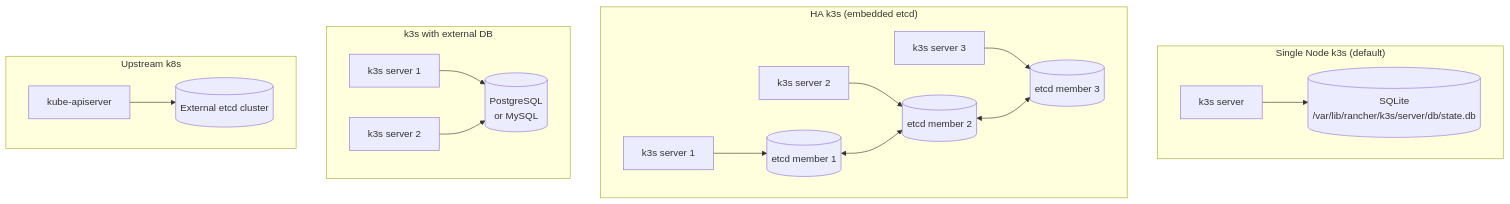
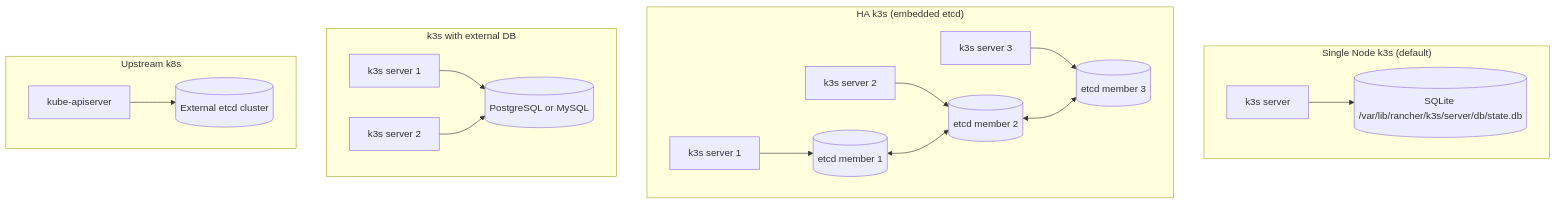
One commit to UncleJS/course_k3s changed the third of 5 diagrams in 01_introduction/02_k3s_vs_k8s.md. Above: the diagram before and after it, drawn with Mermaid. The commit also changed other lines of this file and 57 other files, not shown here.

````diff
--- a/01_introduction/02_k3s_vs_k8s.md
+++ b/01_introduction/02_k3s_vs_k8s.md
@@ -167,19 +167,19 @@
 ```mermaid
 flowchart TD
     subgraph "Single Node k3s (default)"
-        A[k3s server] --> B[(SQLite\n/var/lib/rancher/k3s/server/db/state.db)]
+        A[k3s server] --> B[(SQLite /var/lib/rancher/k3s/server/db/state.db)]
     end
     subgraph "HA k3s (embedded etcd)"
         S1[k3s server 1] --> E1[(etcd member 1)]
         S2[k3s server 2] --> E2[(etcd member 2)]
         S3[k3s server 3] --> E3[(etcd member 3)]
         E1 <--> E2 <--> E3
     end
     subgraph "k3s with external DB"
-        S4[k3s server 1] --> PG[(PostgreSQL\nor MySQL)]
+        S4[k3s server 1] --> PG[(PostgreSQL or MySQL)]
         S5[k3s server 2] --> PG
     end
     subgraph "Upstream k8s"
         K[kube-apiserver] --> EE[(External etcd cluster)]
     end
 ```
````
